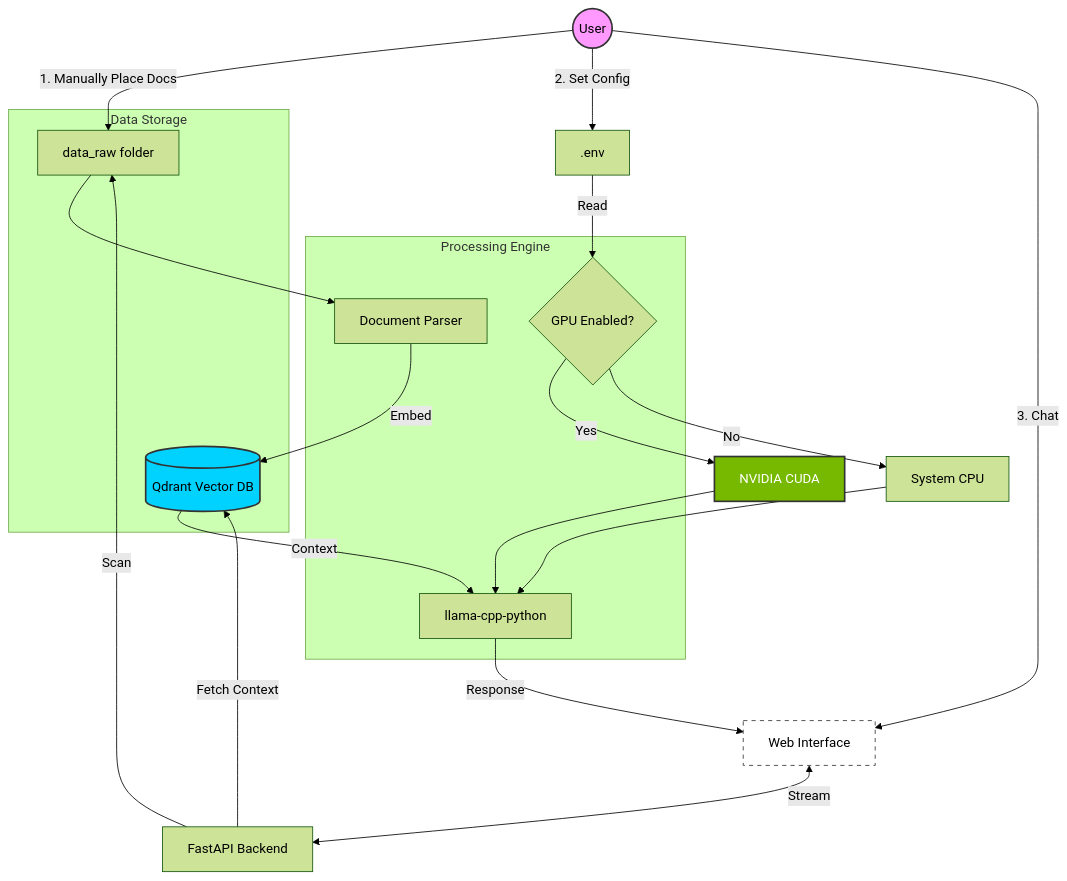
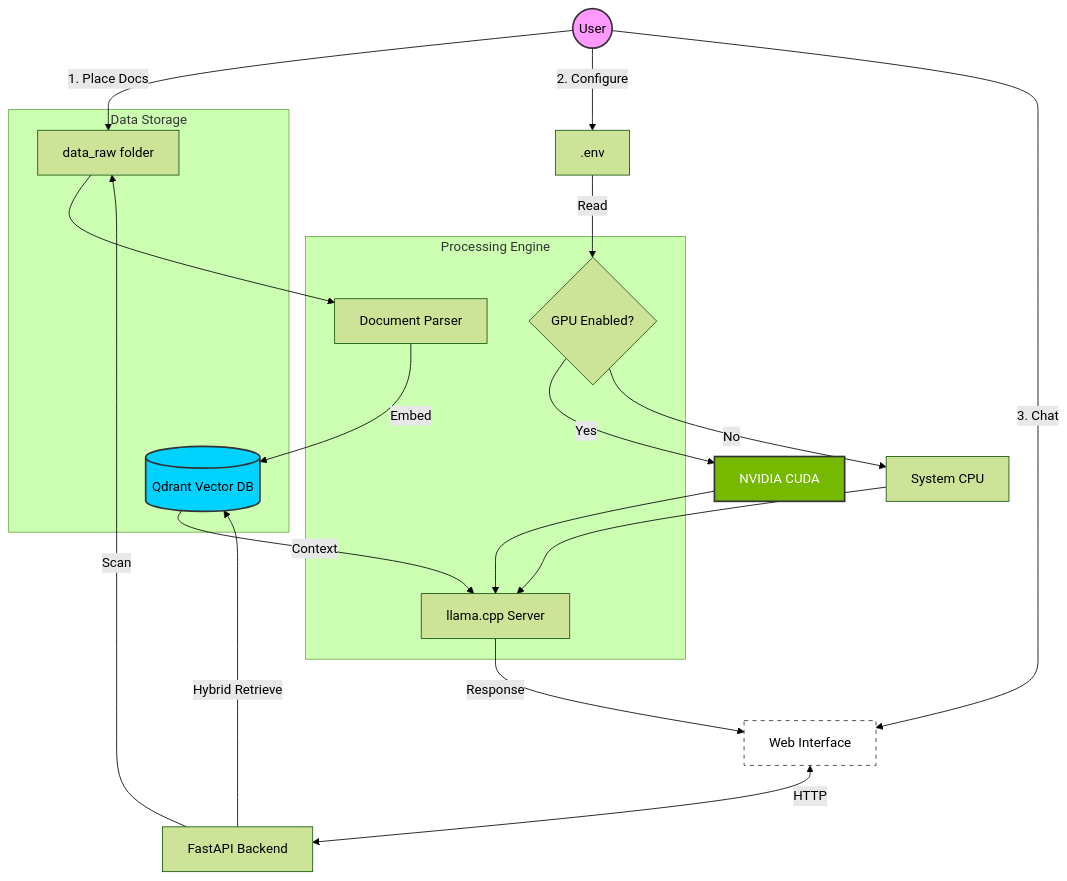
The diagram in README.md (burnoutmonk/local-rag-server), drawn with Mermaid (forest theme) before and after one commit. The commit also changed other lines of this file and 9 other files, not shown here.

````diff
--- a/README.md
+++ b/README.md
@@ -28,46 +29,46 @@
 ```mermaid
 
 graph TD
     %% Node Definitions
     User((User))
     UI[Web Interface]
     API[FastAPI Backend]
-    
+
     subgraph Storage [Data Storage]
         Raw[data_raw folder]
         Qdrant[(Qdrant Vector DB)]
     end
 
     subgraph Logic [Processing Engine]
         Parse[Document Parser]
         Check{GPU Enabled?}
-        LCpp[llama-cpp-python]
+        LLM[llama.cpp Server]
     end
 
     %% Flow
-    User -->|1. Manually Place Docs| Raw
-    User -->|2. Set Config| Env[.env]
+    User -->|1. Place Docs| Raw
+    User -->|2. Configure| Env[.env]
     User -->|3. Chat| UI
-    
-    UI <-->|Stream| API
+
+    UI <-->|HTTP| API
     API -->|Scan| Raw
     Raw --> Parse -->|Embed| Qdrant
-    
-    API -->|Fetch Context| Qdrant
-    Qdrant -->|Context| LCpp
-    
+
+    API -->|Hybrid Retrieve| Qdrant
+    Qdrant -->|Context| LLM
+
     Env -->|Read| Check
     Check -->|Yes| GPU[NVIDIA CUDA]
     Check -->|No| CPU[System CPU]
-    
-    GPU --> LCpp
-    CPU --> LCpp
-    LCpp -->|Response| UI
+
+    GPU --> LLM
+    CPU --> LLM
+    LLM -->|Response| UI
 
     %% Styling
     style User fill:#f9f,stroke:#333,stroke-width:2px
     style Qdrant fill:#00d2ff,stroke:#333,stroke-width:2px
     style GPU fill:#76b900,stroke:#333,stroke-width:2px,color:#fff
     style UI fill:#fff,stroke:#333,stroke-dasharray: 5 5
 
 ```
````
